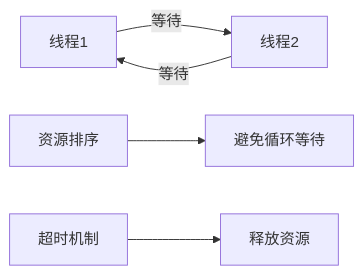
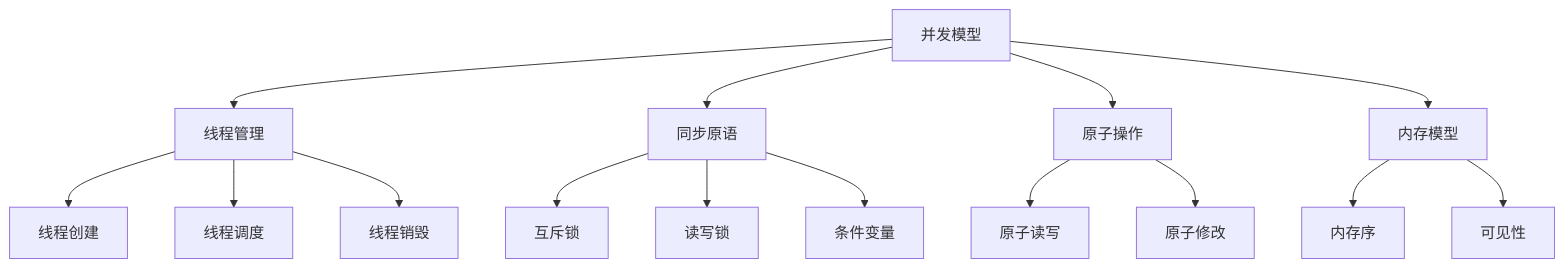
One commit to martin-ly/rust-lang changed the second of 2 diagrams in formal_rust/refactor/01_core_theory/05_concurrency_model/01_concurrency_theory.md. Above: the diagram before and after it, drawn with Mermaid. The commit also changed other lines of this file and 3863 other files, not shown here.

````diff
--- a/formal_rust/refactor/01_core_theory/05_concurrency_model/01_concurrency_theory.md
+++ b/formal_rust/refactor/01_core_theory/05_concurrency_model/01_concurrency_theory.md
@@ -347,7 +523,18 @@
 ```mermaid
-graph LR
-    A[线程1] -- 等待 --> B[线程2]
-    B -- 等待 --> A
-    C[资源排序] --> D[避免循环等待]
-    E[超时机制] --> F[释放资源]
+graph TB
+    A[并发模型] --> B[线程管理]
+    A --> C[同步原语]
+    A --> D[原子操作]
+    A --> E[内存模型]
+    
+    B --> B1[线程创建]
+    B --> B2[线程调度]
+    B --> B3[线程销毁]
+    C --> C1[互斥锁]
+    C --> C2[读写锁]
+    C --> C3[条件变量]
+    D --> D1[原子读写]
+    D --> D2[原子修改]
+    E --> E1[内存序]
+    E --> E2[可见性]
 ```
````
